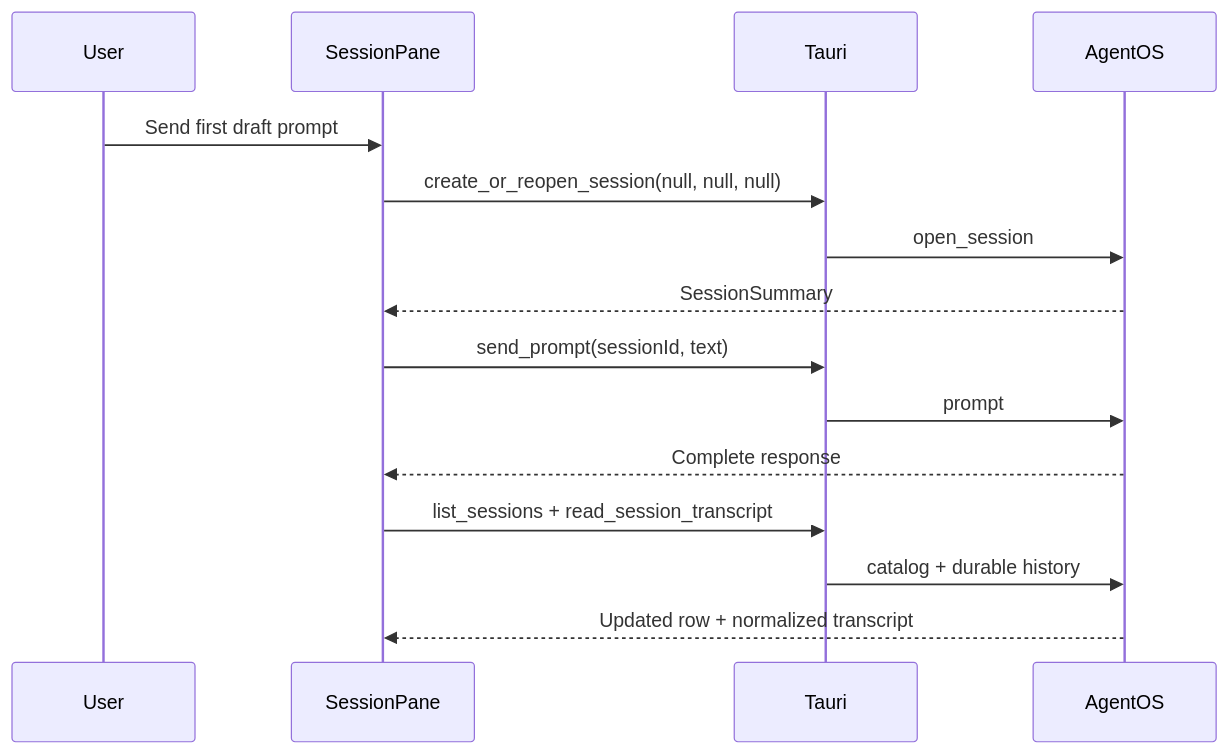
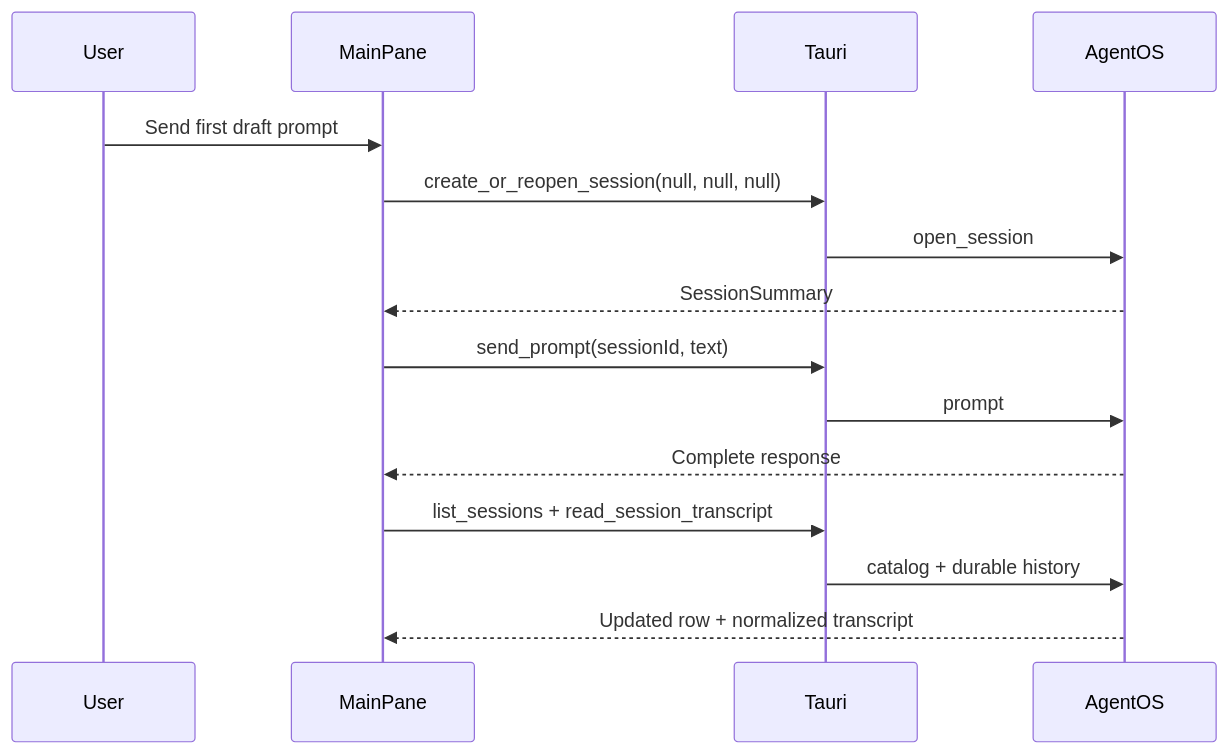
The second of 2 diagrams in specs/sessions-ui.md (tanishqkancharla/halo-v2), drawn with Mermaid before and after one commit. The commit also changed other lines of this file and 7 other files, not shown here.

````diff
--- a/specs/sessions-ui.md
+++ b/specs/sessions-ui.md
@@ -24,18 +24,18 @@
 ```mermaid
 sequenceDiagram
     participant User
-    participant Pane as SessionPane
+    participant Pane as MainPane
     participant Tauri
     participant AgentOS
 
     User->>Pane: Send first draft prompt
     Pane->>Tauri: create_or_reopen_session(null, null, null)
     Tauri->>AgentOS: open_session
     AgentOS-->>Pane: SessionSummary
     Pane->>Tauri: send_prompt(sessionId, text)
     Tauri->>AgentOS: prompt
     AgentOS-->>Pane: Complete response
     Pane->>Tauri: list_sessions + read_session_transcript
     Tauri->>AgentOS: catalog + durable history
     AgentOS-->>Pane: Updated row + normalized transcript
 ```
````
